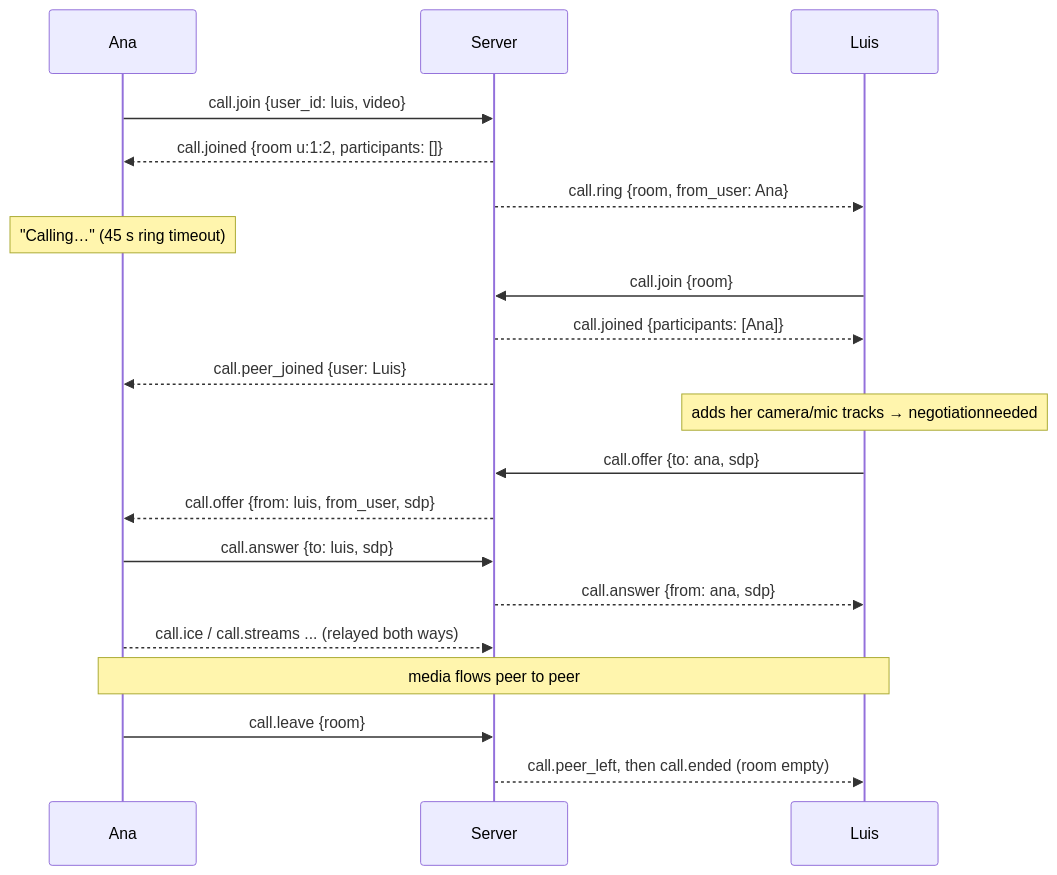
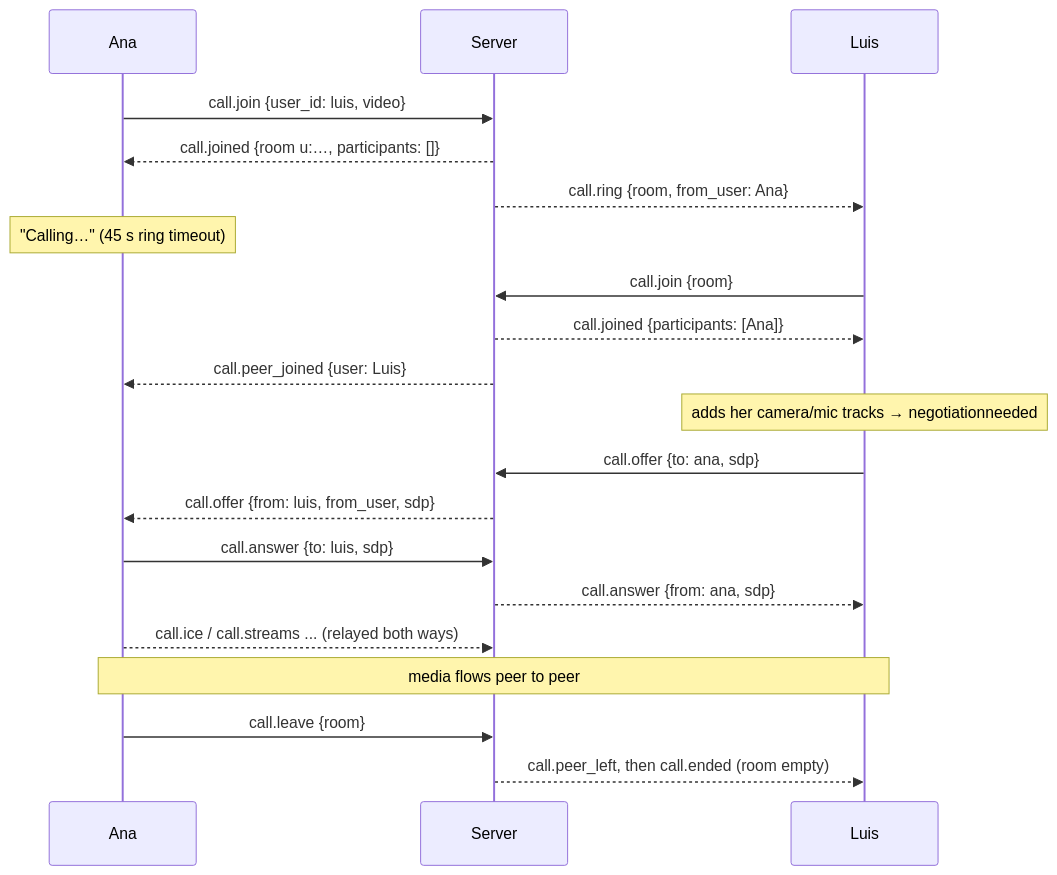
One commit to anthonychavezdev/Ami changed the diagram in docs/calls.md. Above: the diagram before and after it, drawn with Mermaid. The commit also changed other lines of this file and 69 other files, not shown here.

````diff
--- a/docs/calls.md
+++ b/docs/calls.md
@@ -45,22 +46,22 @@
 ```mermaid
 sequenceDiagram
     participant A as Ana
     participant S as Server
     participant L as Luis
     A->>S: call.join {user_id: luis, video}
-    S-->>A: call.joined {room u:1:2, participants: []}
+    S-->>A: call.joined {room u:…, participants: []}
     S-->>L: call.ring {room, from_user: Ana}
     Note over A: "Calling…" (45 s ring timeout)
     L->>S: call.join {room}
     S-->>L: call.joined {participants: [Ana]}
     S-->>A: call.peer_joined {user: Luis}
     Note over L: adds her camera/mic tracks → negotiationneeded
     L->>S: call.offer {to: ana, sdp}
     S-->>A: call.offer {from: luis, from_user, sdp}
     A->>S: call.answer {to: luis, sdp}
     S-->>L: call.answer {from: ana, sdp}
     A-->>S: call.ice / call.streams ... (relayed both ways)
     Note over A,L: media flows peer to peer
     A->>S: call.leave {room}
     S-->>L: call.peer_left, then call.ended (room empty)
 ```
````
